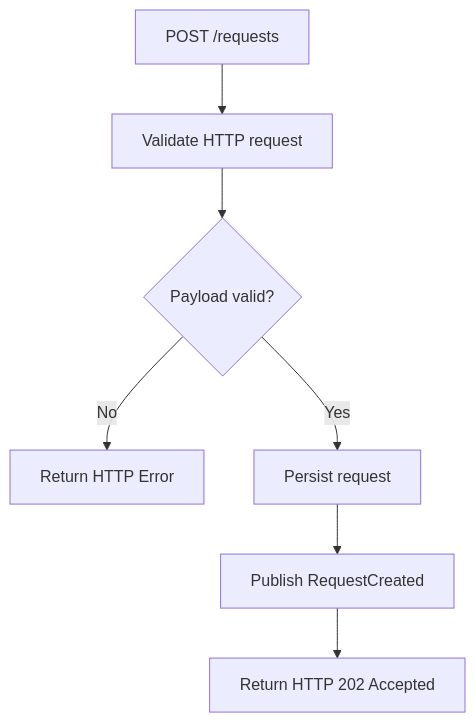
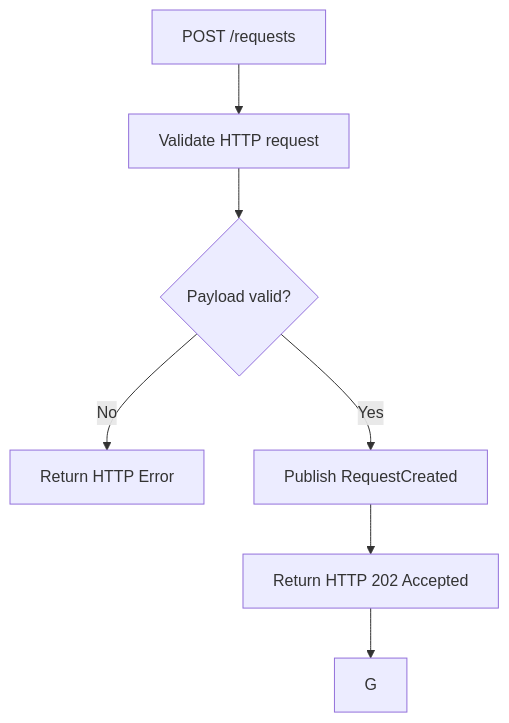
One commit to ericmferreira/devops-cloud-architecture changed the second of 6 diagrams in phase-01/monolith-layers-microservices/microservice-resource-request/docs/architecture.md. Above: the diagram before and after it, drawn with Mermaid. The commit also changed other lines of this file and 1 other file, not shown here.

````diff
--- a/phase-01/monolith-layers-microservices/microservice-resource-request/docs/architecture.md
+++ b/phase-01/monolith-layers-microservices/microservice-resource-request/docs/architecture.md
@@ -80,26 +84,25 @@
 ```mermaid
 flowchart TD
 
 A["POST /requests"]
 
 B["Validate HTTP request"]
 
 C{"Payload valid?"}
 
 D["Return HTTP Error"]
 
-E["Persist request"]
 
-F["Publish RequestCreated"]
+E["Publish RequestCreated"]
 
-G["Return HTTP 202 Accepted"]
+F["Return HTTP 202 Accepted"]
 
 A --> B
 B --> C
 
 C -->|No| D
 C -->|Yes| E
 
 E --> F
 F --> G
 ```
````
